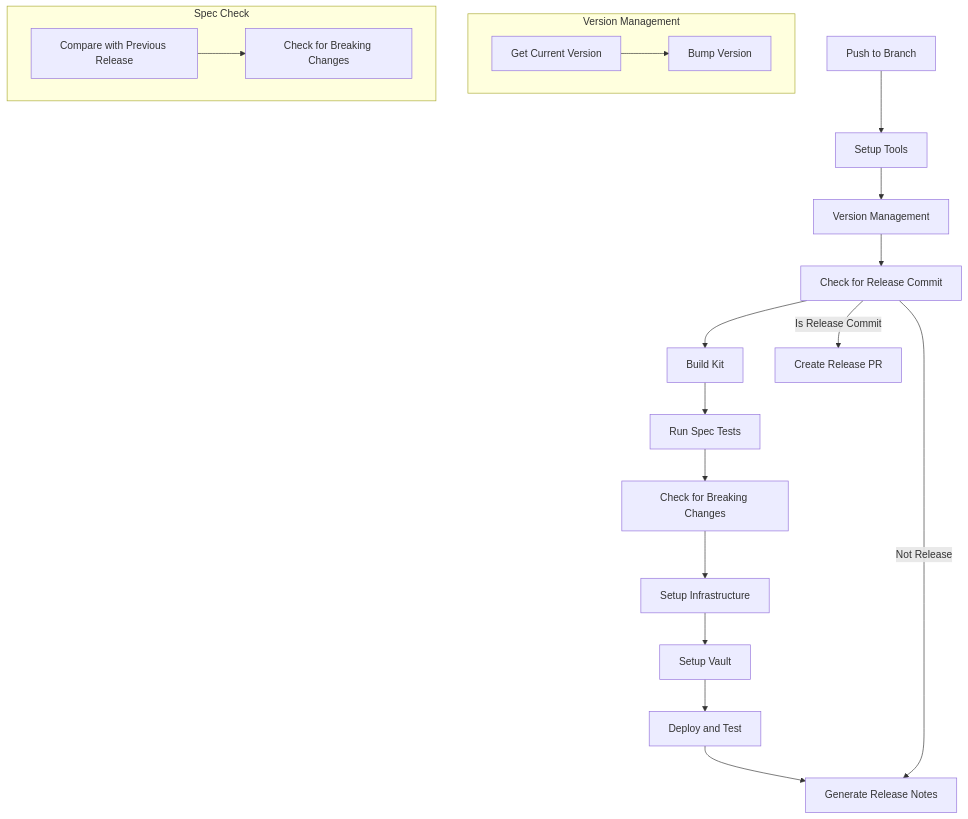
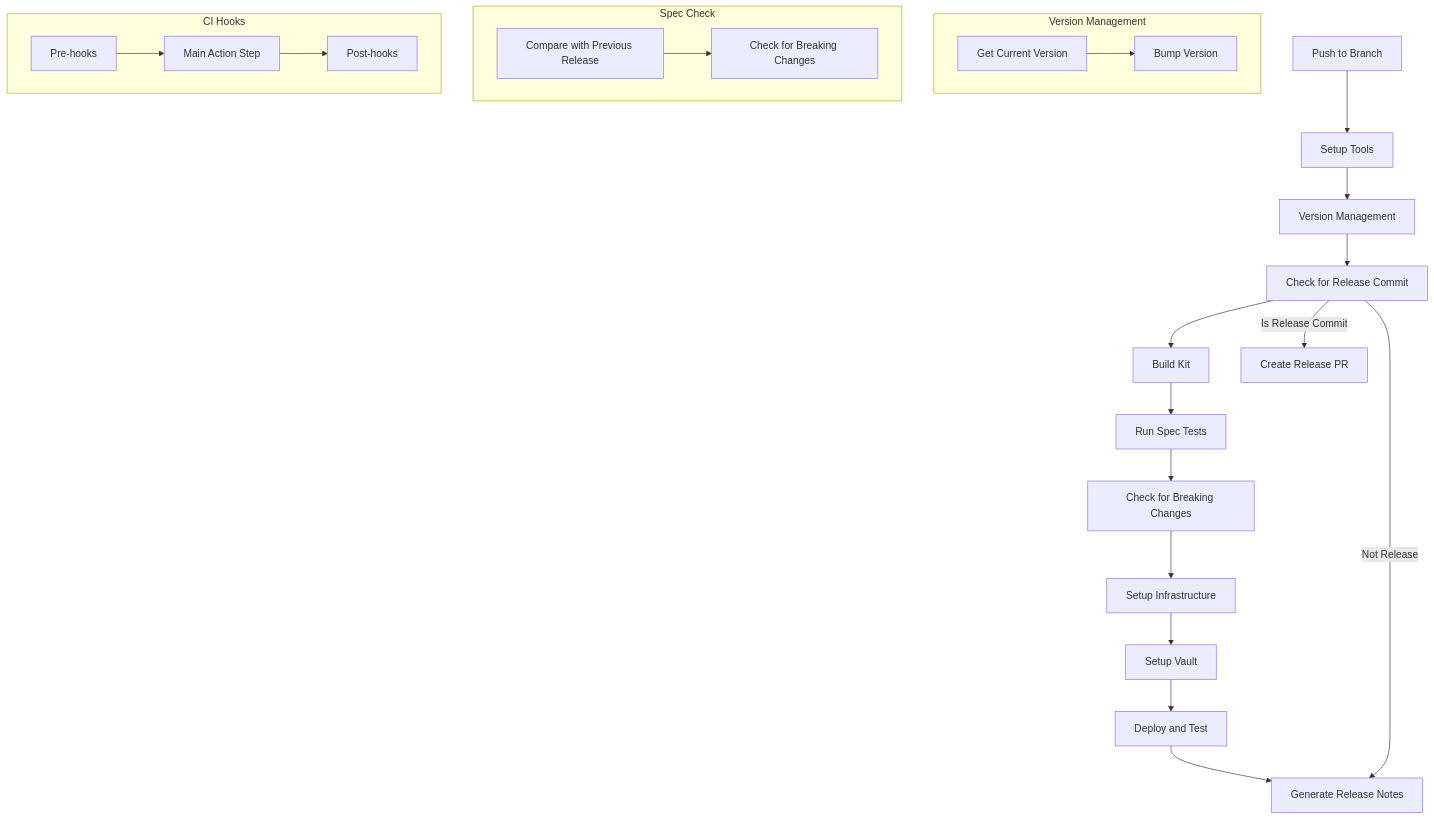
Before and after one commit to fivetwenty-io/Genesis-Kit-Test-Action: the first of 2 diagrams in README.md, drawn with Mermaid. The commit also changed other lines of this file and 3 other files, not shown here.

````diff
--- a/README.md
+++ b/README.md
@@ -17,28 +18,35 @@
 ```mermaid
 flowchart TD
     A[Push to Branch] --> B[Setup Tools]
     B --> C[Version Management]
     C --> D[Check for Release Commit]
     D --> E[Build Kit]
     E --> F[Run Spec Tests]
     F --> G[Check for Breaking Changes]
     G --> H[Setup Infrastructure]
     H --> I[Setup Vault]
     I --> J[Deploy and Test]
     J --> K[Generate Release Notes]
     
     D -->|Is Release Commit| L[Create Release PR]
     D -->|Not Release| K
     
     subgraph "Version Management"
     C1[Get Current Version]
     C2[Bump Version]
     C1 --> C2
     end
     
     subgraph "Spec Check"
     G1[Compare with Previous Release]
     G2[Check for Breaking Changes]
     G1 --> G2
     end
+
+    subgraph "CI Hooks"
+    Z1[Pre-hooks]
+    Z2[Main Action Step]
+    Z3[Post-hooks]
+    Z1 --> Z2 --> Z3
+    end
 ```
````
